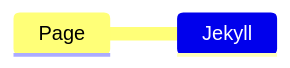
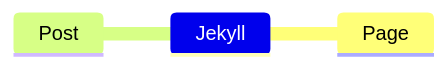
One commit to nanhualyq/nanhualyq.github.io changed the diagram in _posts/2024-01-19-jekyll.md. Above: the diagram before and after it, drawn with Mermaid. The commit also changed other lines of this file, not shown here.

Commit message:
test mindmap

```diff
--- a/_posts/2024-01-19-jekyll.md
+++ b/_posts/2024-01-19-jekyll.md
@@ -10,5 +13,6 @@
 <pre class="mermaid">
 	mindmap
 		Jekyll
 			Page
+			Post
 </pre>
```
